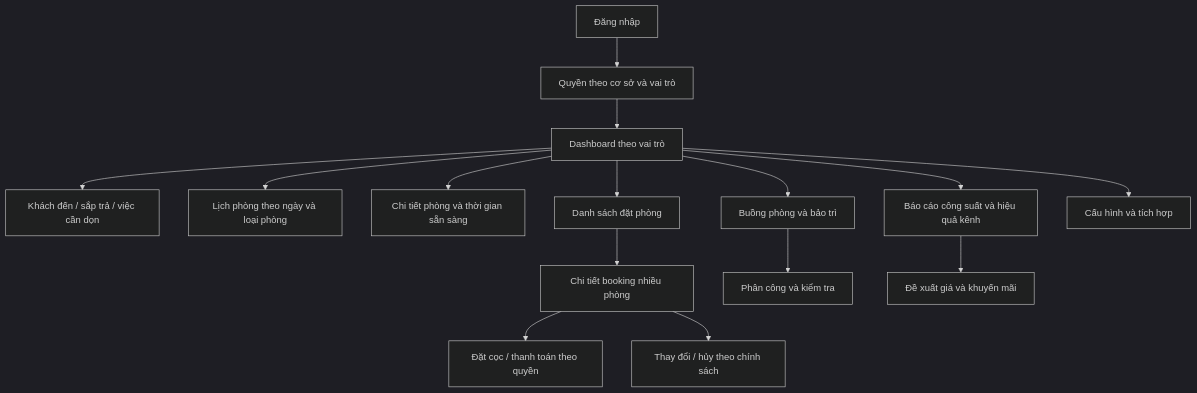
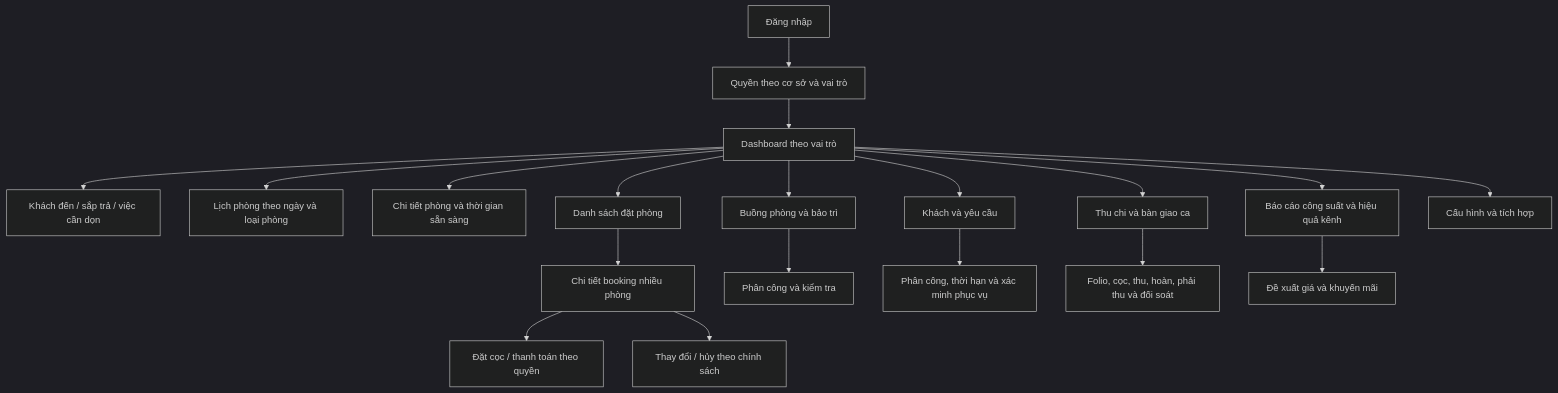
One commit to utne1991/utne1991 changed the diagram in resort-management/docs/diagrams/01-screen-map.md. Above: the diagram before and after it, drawn with Mermaid (dark theme). The commit also changed other lines of this file and 15 other files, not shown here.

````diff
--- a/resort-management/docs/diagrams/01-screen-map.md
+++ b/resort-management/docs/diagrams/01-screen-map.md
@@ -5,17 +5,21 @@
 ```mermaid
 flowchart TD
     LOGIN[Đăng nhập] --> ROLE[Quyền theo cơ sở và vai trò]
     ROLE --> DASH[Dashboard theo vai trò]
     DASH --> TODAY[Khách đến / sắp trả / việc cần dọn]
     DASH --> CAL[Lịch phòng theo ngày và loại phòng]
     DASH --> ROOM[Chi tiết phòng và thời gian sẵn sàng]
     DASH --> BOOKINGS[Danh sách đặt phòng]
     BOOKINGS --> DETAIL[Chi tiết booking nhiều phòng]
     DETAIL --> PAYMENT[Đặt cọc / thanh toán theo quyền]
     DETAIL --> CHANGE[Thay đổi / hủy theo chính sách]
     DASH --> HK[Buồng phòng và bảo trì]
     HK --> TASK[Phân công và kiểm tra]
+    DASH --> GUEST[Khách và yêu cầu]
+    GUEST --> SERVICE[Phân công, thời hạn và xác minh phục vụ]
+    DASH --> FINANCE[Thu chi và bàn giao ca]
+    FINANCE --> FOLIO[Folio, cọc, thu, hoàn, phải thu và đối soát]
     DASH --> REPORT[Báo cáo công suất và hiệu quả kênh]
     REPORT --> REVENUE[Đề xuất giá và khuyến mãi]
     DASH --> SETTINGS[Cấu hình và tích hợp]
 ```
````
